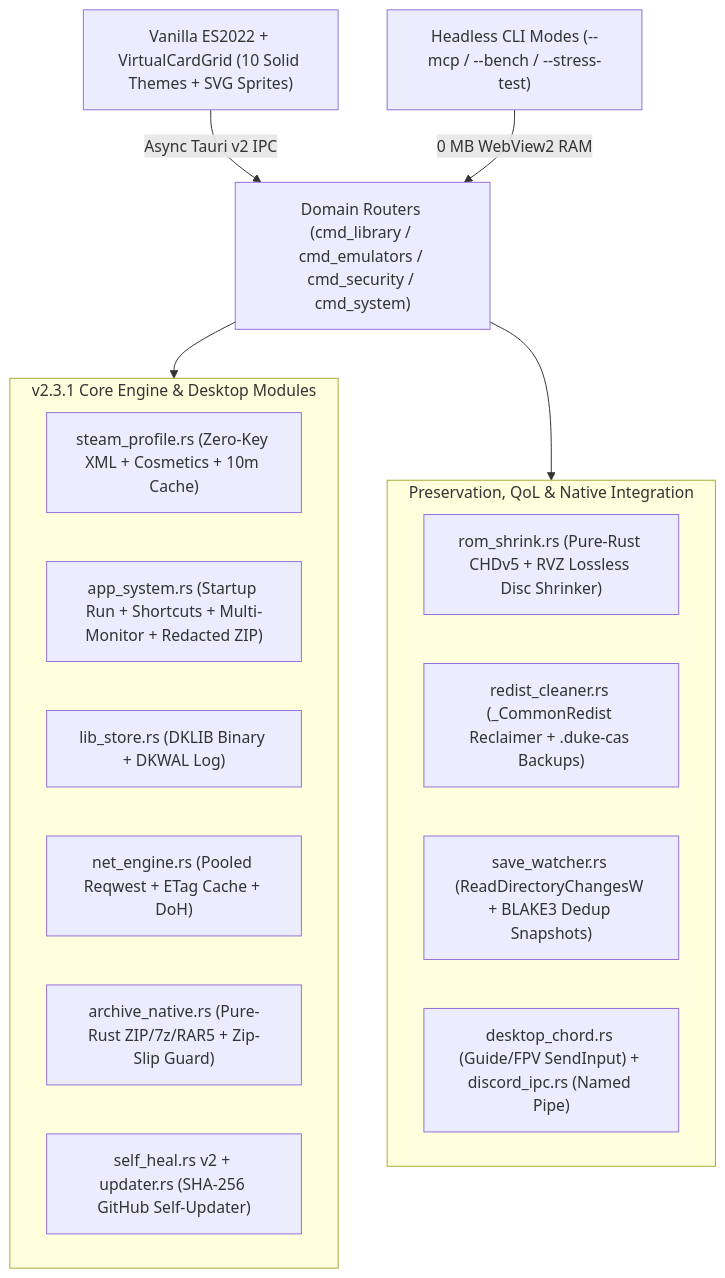
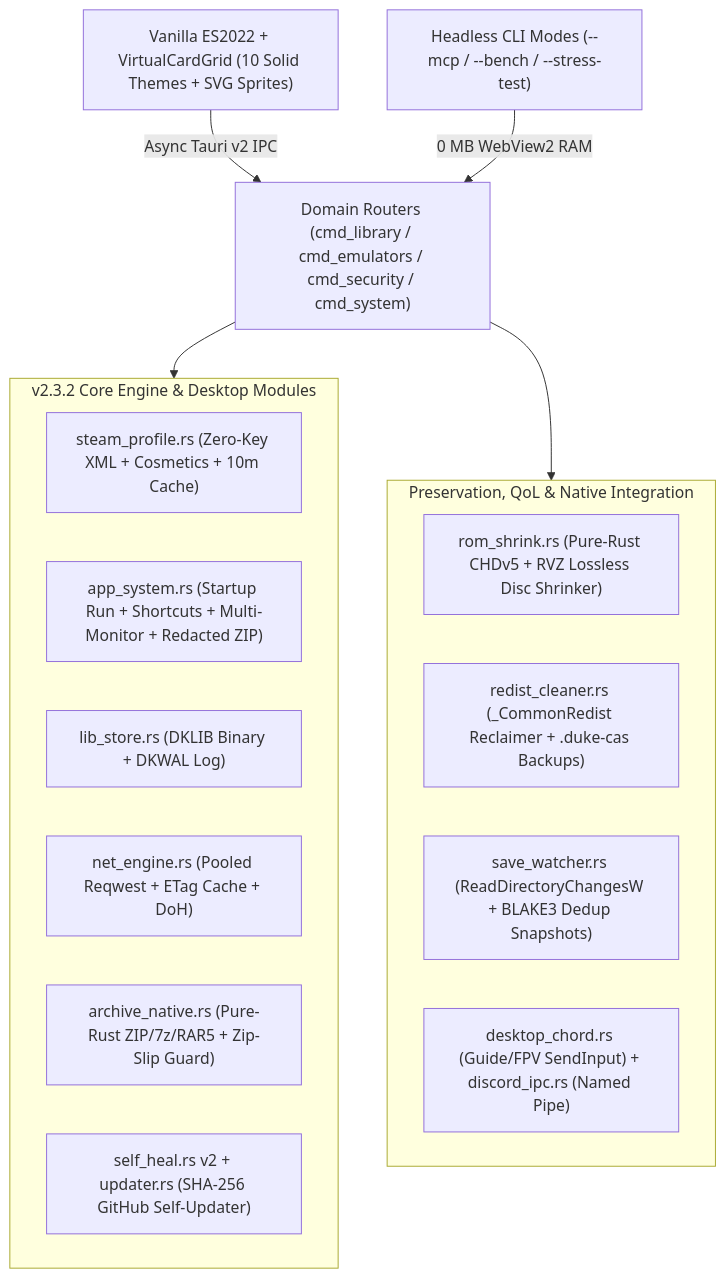
The diagram in README.md (willferrara/duke-systems), drawn with Mermaid before and after one commit. The commit also changed other lines of this file and 22 other files, not shown here.

````diff
--- a/README.md
+++ b/README.md
@@ -74,24 +74,24 @@
 ```mermaid
 flowchart TD
     UI["Vanilla ES2022 + VirtualCardGrid (10 Solid Themes + SVG Sprites)"] -->|"Async Tauri v2 IPC"| Routers["Domain Routers (cmd_library / cmd_emulators / cmd_security / cmd_system)"]
     CLI["Headless CLI Modes (--mcp / --bench / --stress-test)"] -->|"0 MB WebView2 RAM"| Routers
 
-    subgraph CoreV23["v2.3.1 Core Engine & Desktop Modules"]
+    subgraph CoreV23["v2.3.2 Core Engine & Desktop Modules"]
         SteamProf["steam_profile.rs (Zero-Key XML + Cosmetics + 10m Cache)"]
         AppSys["app_system.rs (Startup Run + Shortcuts + Multi-Monitor + Redacted ZIP)"]
         LibStore["lib_store.rs (DKLIB Binary + DKWAL Log)"]
         NetEngine["net_engine.rs (Pooled Reqwest + ETag Cache + DoH)"]
         ArchiveNative["archive_native.rs (Pure-Rust ZIP/7z/RAR5 + Zip-Slip Guard)"]
         SelfHeal["self_heal.rs v2 + updater.rs (SHA-256 GitHub Self-Updater)"]
     end
 
     subgraph PreservationAndUx["Preservation, QoL & Native Integration"]
         RomShrink["rom_shrink.rs (Pure-Rust CHDv5 + RVZ Lossless Disc Shrinker)"]
         RedistClean["redist_cleaner.rs (_CommonRedist Reclaimer + .duke-cas Backups)"]
         SaveWatch["save_watcher.rs (ReadDirectoryChangesW + BLAKE3 Dedup Snapshots)"]
         ChordDiscord["desktop_chord.rs (Guide/FPV SendInput) + discord_ipc.rs (Named Pipe)"]
     end
 
     Routers --> CoreV23
     Routers --> PreservationAndUx
 ```
````
